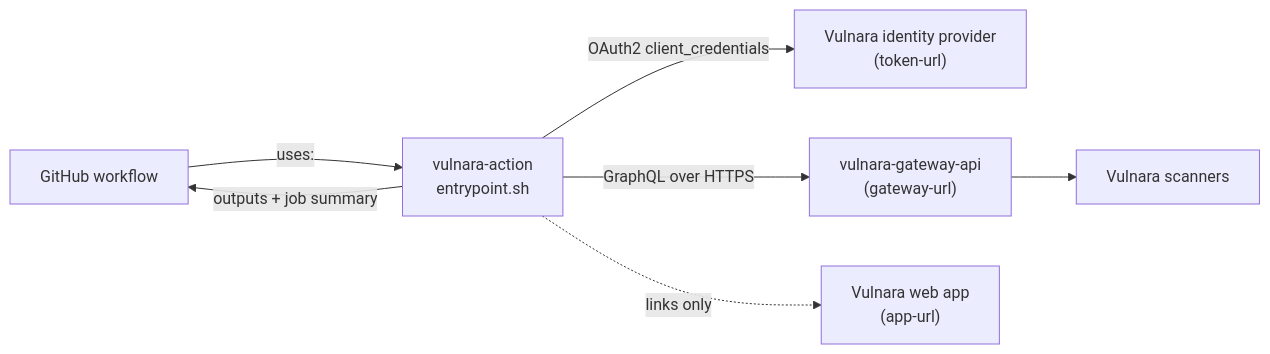
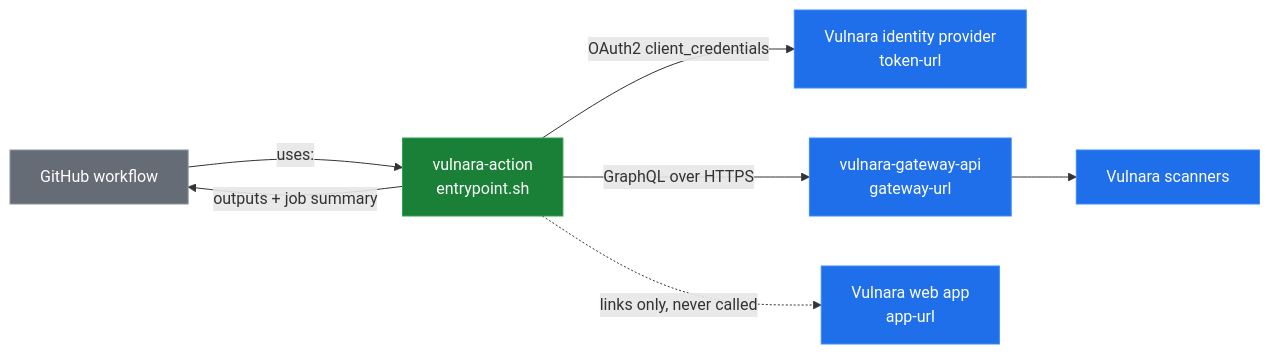
The first of 2 diagrams in docs/architecture.md (theorigamicorporation/vulnara-action), drawn with Mermaid before and after one commit. The commit also changed other lines of this file and 1 other file, not shown here.

Commit message:
docs: draw the consumer view of the action and colour the diagrams (#26)
The README diagram now shows what a consumer needs: the step, the
inputs, the two hosts the action contacts, the outputs it writes and
the two exit codes that gate their job. Applies the fleet palette to
both flowcharts.

action.yml, the README input table and the input and output surface are
untouched.

````diff
--- a/docs/architecture.md
+++ b/docs/architecture.md
@@ -15,9 +15,26 @@
 ```mermaid
 flowchart LR
-    WF["GitHub workflow"] -->|"uses:"| ACT["vulnara-action<br/>entrypoint.sh"]
-    ACT -->|"OAuth2 client_credentials"| IDP["Vulnara identity provider<br/>(token-url)"]
-    ACT -->|"GraphQL over HTTPS"| GW["vulnara-gateway-api<br/>(gateway-url)"]
-    GW --> SCAN["Vulnara scanners"]
+    WF["GitHub workflow"]
+    ACT["vulnara-action<br/>entrypoint.sh"]
+    IDP["Vulnara identity provider<br/>token-url"]
+    GW["vulnara-gateway-api<br/>gateway-url"]
+    SCAN["Vulnara scanners"]
+    APP["Vulnara web app<br/>app-url"]
+
+    WF -->|"uses:"| ACT
+    ACT -->|"OAuth2 client_credentials"| IDP
+    ACT -->|"GraphQL over HTTPS"| GW
+    GW --> SCAN
     ACT -->|"outputs + job summary"| WF
-    ACT -.->|"links only"| APP["Vulnara web app<br/>(app-url)"]
+    ACT -.->|"links only, never called"| APP
+
+    classDef svc fill:#1f6feb,stroke:#388bfd,color:#ffffff
+    classDef db fill:#8250df,stroke:#a371f7,color:#ffffff
+    classDef mq fill:#bf8700,stroke:#d29922,color:#ffffff
+    classDef ext fill:#656c76,stroke:#8b949e,color:#ffffff
+    classDef self fill:#1a7f37,stroke:#2da44e,color:#ffffff
+
+    class WF ext
+    class ACT self
+    class IDP,GW,SCAN,APP svc
 ```
````
